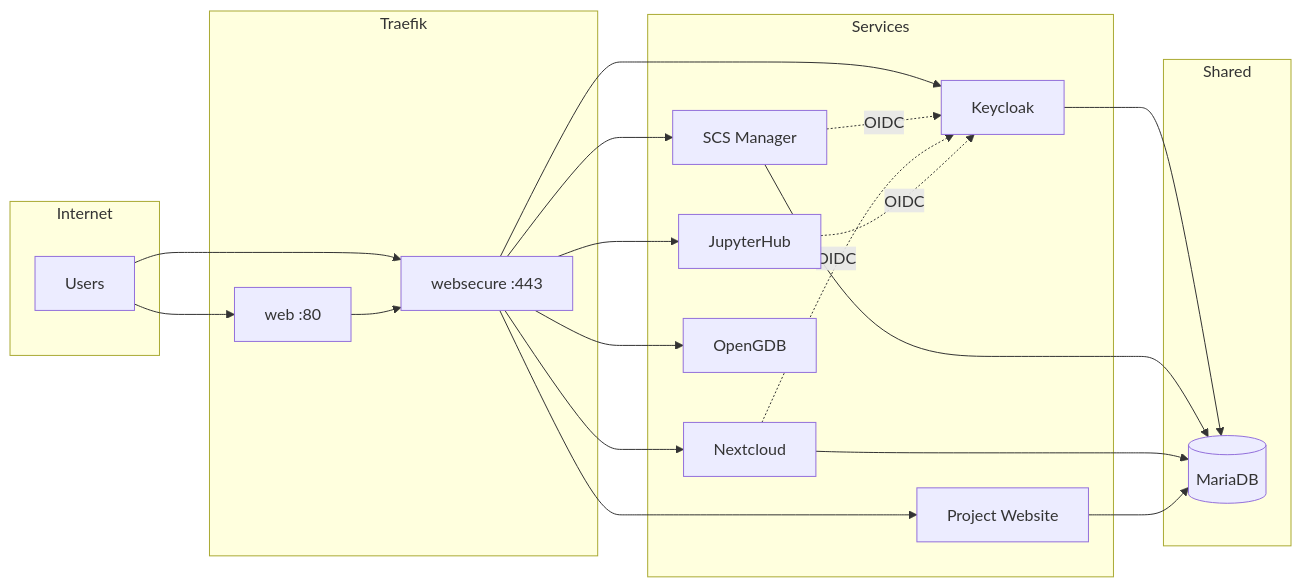
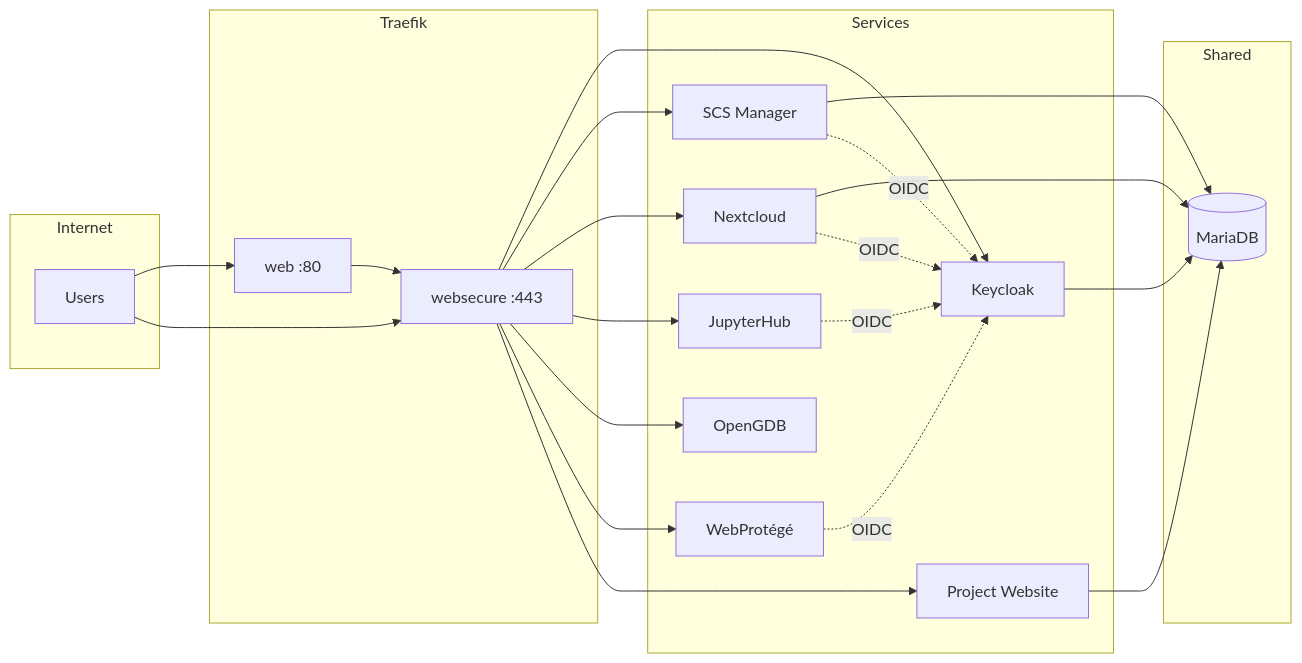
The diagram in docs/service-infrastructure/index.md (soda-collections-objects-data-literacy/soda_scs_manager_deployment), drawn with Mermaid before and after one commit. The commit also changed other lines of this file and 2 other files, not shown here.

First line of the commit message:
docs: cover WebProtégé project create, sharing, and backfill

````diff
--- a/docs/service-infrastructure/index.md
+++ b/docs/service-infrastructure/index.md
@@ -18,43 +18,46 @@
 ```mermaid
 flowchart LR
   subgraph internet [Internet]
     Users[Users]
   end
 
   subgraph traefik [Traefik]
     Web[web :80]
     WebSecure[websecure :443]
   end
 
   subgraph services [Services]
     Keycloak[Keycloak]
     SCSManager[SCS Manager]
     Nextcloud[Nextcloud]
     JupyterHub[JupyterHub]
     OpenGDB[OpenGDB]
+    WebProtege[WebProtégé]
     ProjectPage[Project Website]
   end
 
   subgraph shared [Shared]
     DB[(MariaDB)]
   end
 
   Users --> Web
   Users --> WebSecure
   Web --> WebSecure
   WebSecure --> Keycloak
   WebSecure --> SCSManager
   WebSecure --> Nextcloud
   WebSecure --> JupyterHub
   WebSecure --> OpenGDB
+  WebSecure --> WebProtege
   WebSecure --> ProjectPage
 
   Keycloak --> DB
   SCSManager --> DB
   Nextcloud --> DB
   ProjectPage --> DB
 
   SCSManager -.->|OIDC| Keycloak
   Nextcloud -.->|OIDC| Keycloak
   JupyterHub -.->|OIDC| Keycloak
+  WebProtege -.->|OIDC| Keycloak
 ```
````
